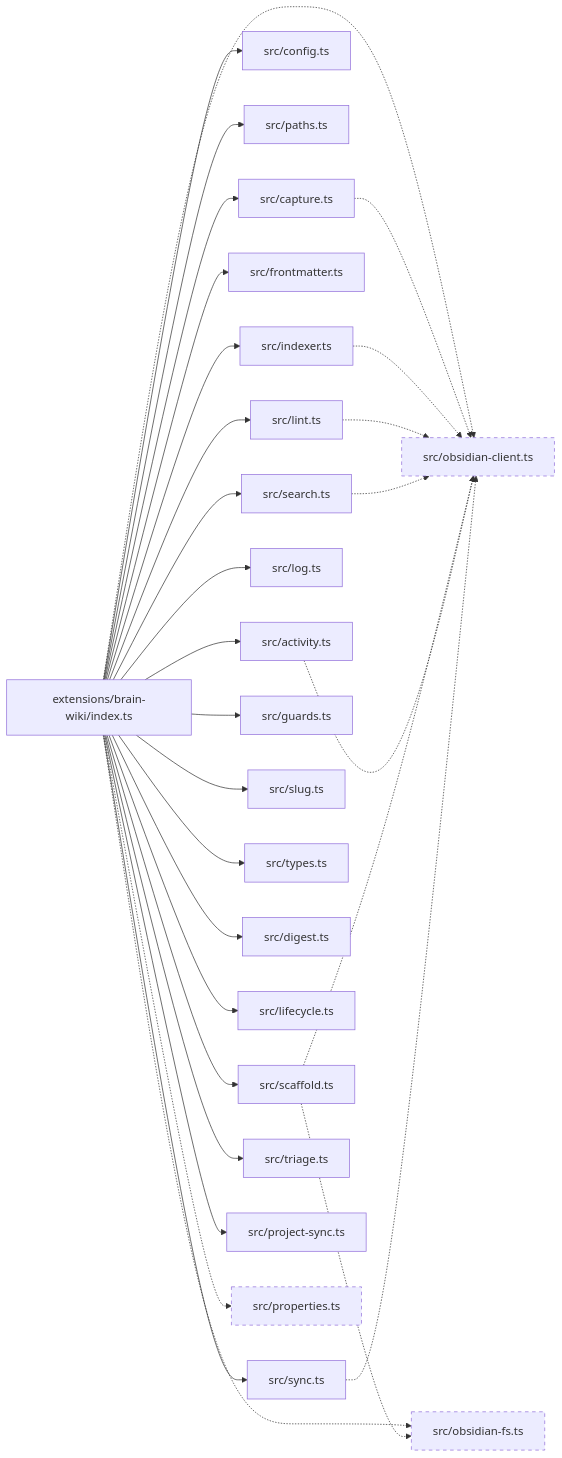
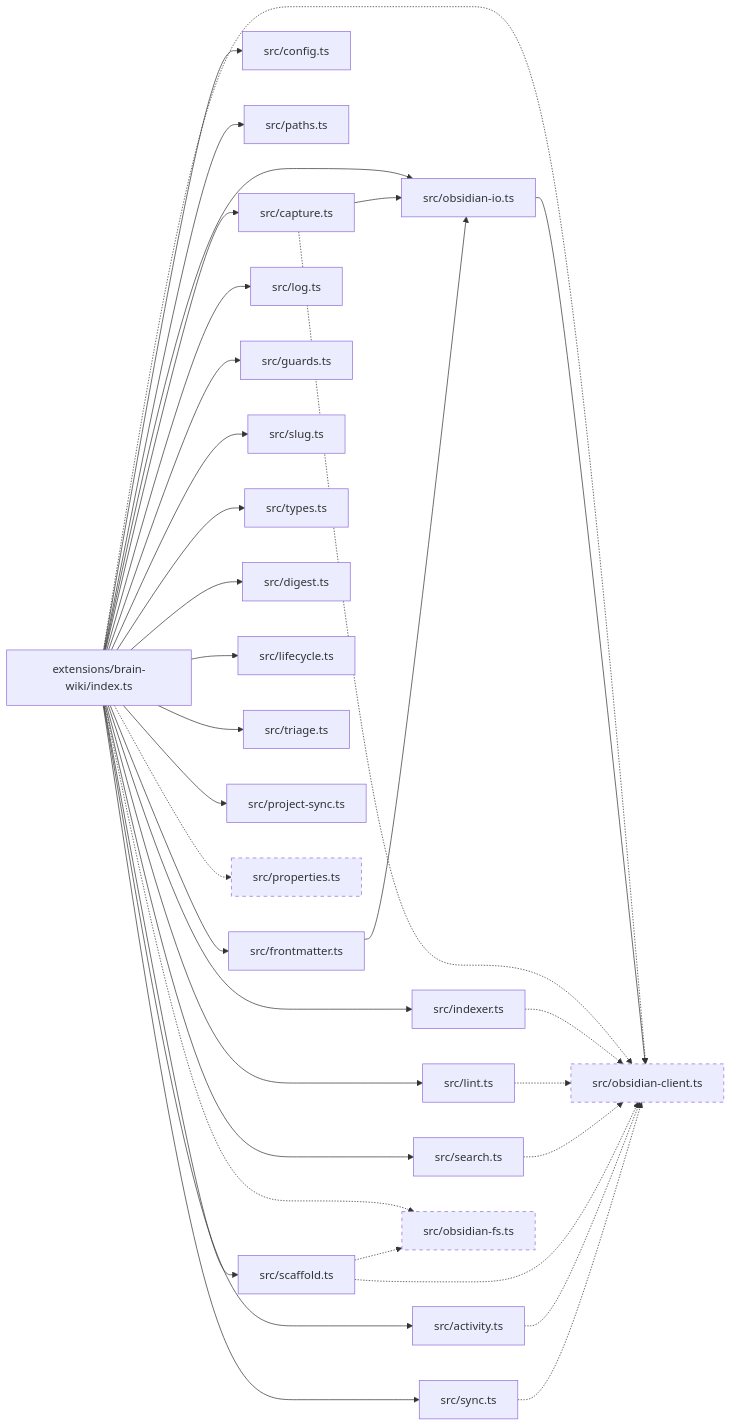
Before and after one commit to zhazhazuo/pi-brain-wiki: the diagram in docs/01_maps/module_map.md, drawn with Mermaid. The commit also changed other lines of this file and 27 other files, not shown here.

````diff
--- a/docs/01_maps/module_map.md
+++ b/docs/01_maps/module_map.md
@@ -3,55 +3,60 @@
 ```mermaid
 flowchart LR
   Index[extensions/brain-wiki/index.ts]
   Capture[src/capture.ts]
   Config[src/config.ts]
   Paths[src/paths.ts]
   Scaffold[src/scaffold.ts]
   Fm[src/frontmatter.ts]
   Indexer[src/indexer.ts]
   Lint[src/lint.ts]
   Search[src/search.ts]
   Log[src/log.ts]
   Activity[src/activity.ts]
   Guards[src/guards.ts]
   Slug[src/slug.ts]
   Types[src/types.ts]
   Digest[src/digest.ts]
   Lifecycle[src/lifecycle.ts]
   Sync[src/sync.ts]
   Triage[src/triage.ts]
   ProjectSync[src/project-sync.ts]
+  ObsidianIo[src/obsidian-io.ts]
 
   Index --> Capture
   Index --> Config
   Index --> Paths
   Index --> Scaffold
   Index --> Fm
   Index --> Indexer
   Index --> Lint
   Index --> Search
   Index --> Log
   Index --> Activity
   Index --> Guards
   Index --> Slug
   Index --> Types
   Index --> Digest
   Index --> Lifecycle
   Index --> Sync
   Index --> Triage
   Index --> ProjectSync
   Index -.-> ObsidianClient[src/obsidian-client.ts]
+  Index --> ObsidianIo
+  ObsidianIo --> ObsidianClient
   Index -.-> ObsidianFs[src/obsidian-fs.ts]
   Index -.-> Properties[src/properties.ts]
   Capture -.-> ObsidianClient
+  Capture --> ObsidianIo
+  Fm --> ObsidianIo
   Indexer -.-> ObsidianClient
   Lint -.-> ObsidianClient
   Search -.-> ObsidianClient
   Scaffold -.-> ObsidianFs
   Scaffold -.-> ObsidianClient
   Activity -.-> ObsidianClient
   Sync -.-> ObsidianClient
 
   classDef new stroke-dasharray: 5 5
   class ObsidianClient,ObsidianFs,Properties new
 ```
````
